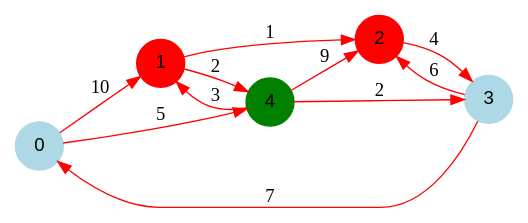
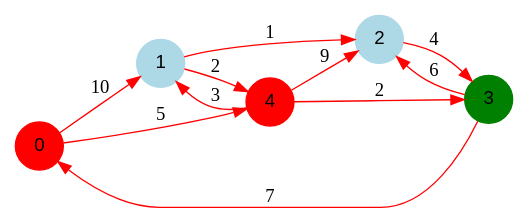
The diagram in programme1/output/dotFiles/graph3/graph3_2.dot (benech17/Shortest-Path), drawn with Graphviz before and after one commit. The commit also changed 22 other files, not shown here.

```diff
--- a/programme1/output/dotFiles/graph3/graph3_2.dot
+++ b/programme1/output/dotFiles/graph3/graph3_2.dot
@@ -1,19 +1,19 @@
 digraph graphe {
 rankdir = LR;
 edge [color=red];
-0 [fontname="Arial", shape = circle, color=lightblue, style=filled];
-1 [fontname="Arial", shape = circle, color=red, style=filled];
-2 [fontname="Arial", shape = circle, color=red, style=filled];
-3 [fontname="Arial", shape = circle, color=lightblue, style=filled];
-4 [fontname="Arial", shape = circle, color=green, style=filled];
+0 [fontname="Arial", shape = circle, color=red, style=filled];
+1 [fontname="Arial", shape = circle, color=lightblue, style=filled];
+2 [fontname="Arial", shape = circle, color=lightblue, style=filled];
+3 [fontname="Arial", shape = circle, color=green, style=filled];
+4 [fontname="Arial", shape = circle, color=red, style=filled];
 	0 -> 1 [label = "10"];
 	0 -> 4 [label = "5"];
 	1 -> 2 [label = "1"];
 	1 -> 4 [label = "2"];
 	2 -> 3 [label = "4"];
 	3 -> 0 [label = "7"];
 	3 -> 2 [label = "6"];
 	4 -> 1 [label = "3"];
 	4 -> 2 [label = "9"];
 	4 -> 3 [label = "2"];
 }
```
